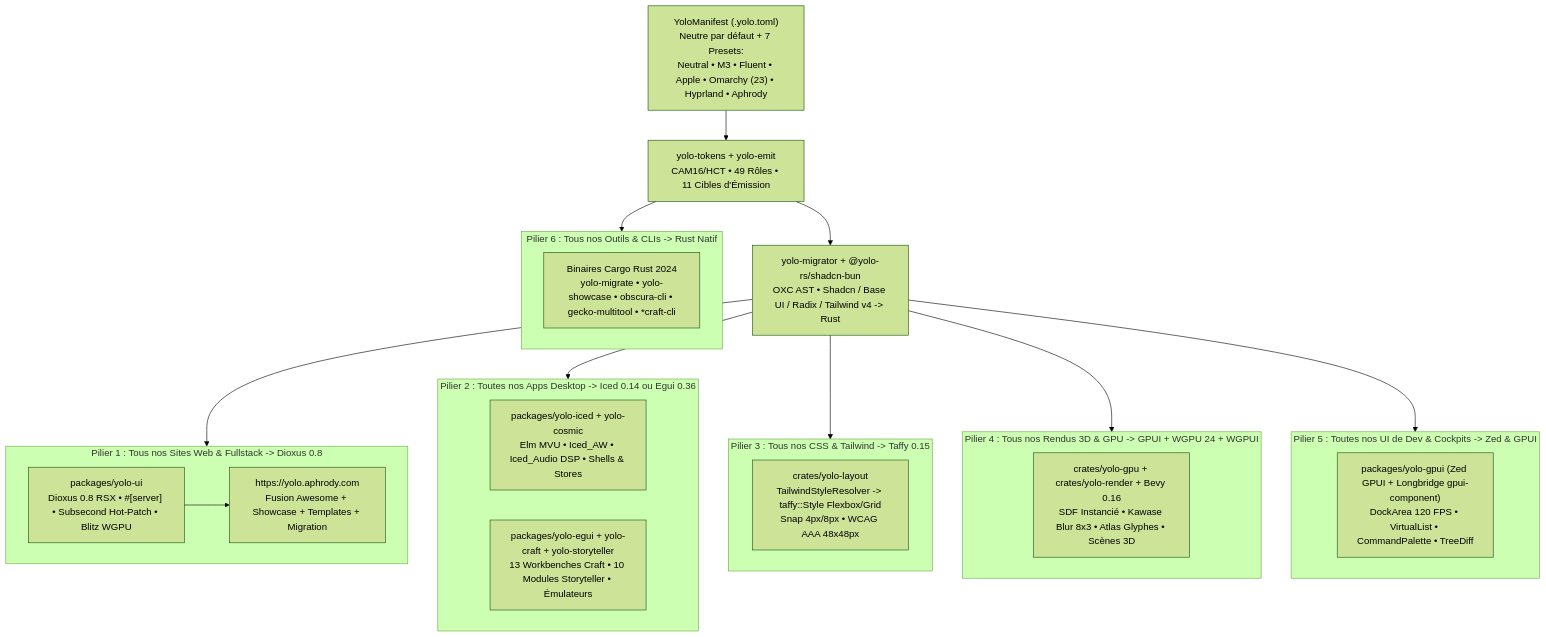
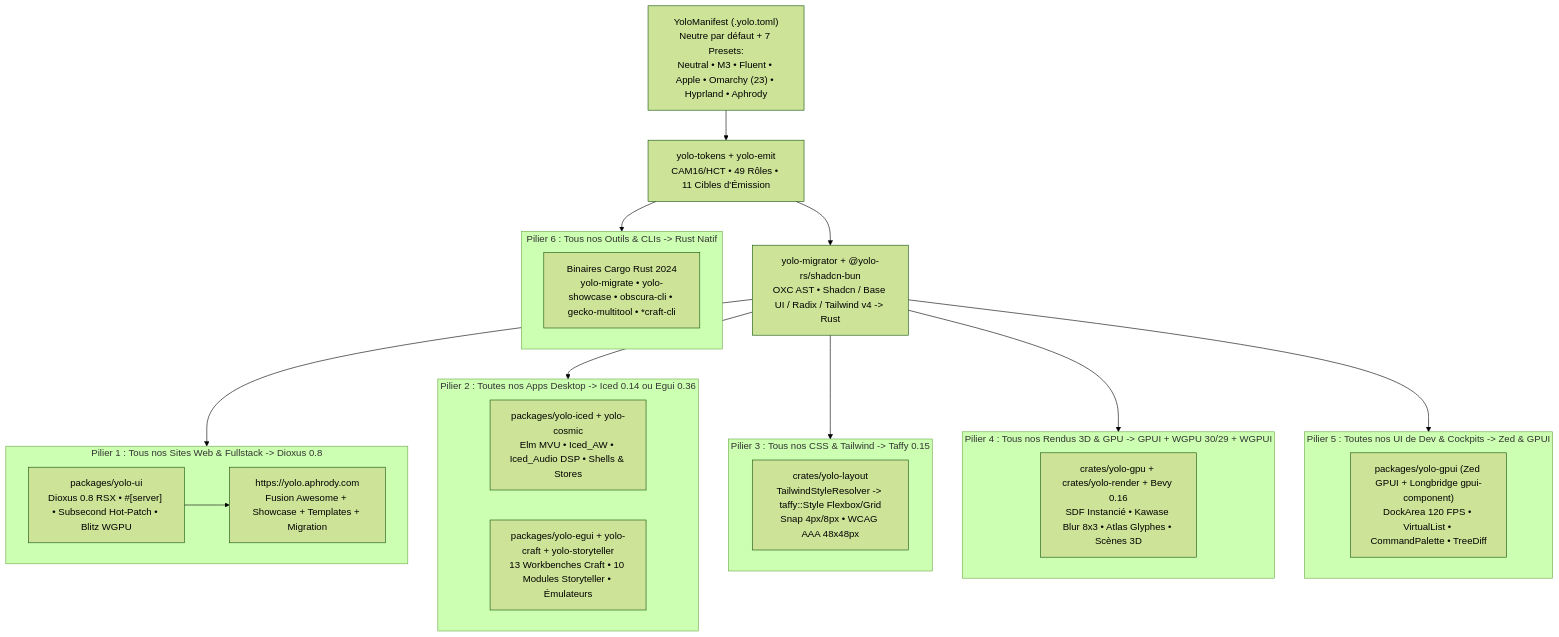
The diagram in docs/YOLO-MASTER-MIGRATION-AND-SITE-PLAN.md (yolo-rs/yolo-ui), drawn with Mermaid (forest theme) before and after one commit. The commit also changed other lines of this file and 6 other files, not shown here.

````diff
--- a/docs/YOLO-MASTER-MIGRATION-AND-SITE-PLAN.md
+++ b/docs/YOLO-MASTER-MIGRATION-AND-SITE-PLAN.md
@@ -9,43 +9,43 @@
 ```mermaid
 flowchart TD
     Manifest["YoloManifest (.yolo.toml)\nNeutre par défaut + 7 Presets:\nNeutral • M3 • Fluent • Apple • Omarchy (23) • Hyprland • Aphrody"]
     Tokens["yolo-tokens + yolo-emit\nCAM16/HCT • 49 Rôles • 11 Cibles d'Émission"]
     Migrator["yolo-migrator + @yolo-rs/shadcn-bun\nOXC AST • Shadcn / Base UI / Radix / Tailwind v4 -> Rust"]
 
     Manifest --> Tokens
     Tokens --> Migrator
 
     subgraph P1["Pilier 1 : Tous nos Sites Web & Fullstack -> Dioxus 0.8"]
         Dioxus["packages/yolo-ui\nDioxus 0.8 RSX • #[server] • Subsecond Hot-Patch • Blitz WGPU"]
         YoloSite["https://yolo.aphrody.com\nFusion Awesome + Showcase + Templates + Migration"]
         Dioxus --> YoloSite
     end
 
     subgraph P2["Pilier 2 : Toutes nos Apps Desktop -> Iced 0.14 ou Egui 0.36"]
         Iced["packages/yolo-iced + yolo-cosmic\nElm MVU • Iced_AW • Iced_Audio DSP • Shells & Stores"]
         Egui["packages/yolo-egui + yolo-craft + yolo-storyteller\n13 Workbenches Craft • 10 Modules Storyteller • Émulateurs"]
     end
 
     subgraph P3["Pilier 3 : Tous nos CSS & Tailwind -> Taffy 0.15"]
         Taffy["crates/yolo-layout\nTailwindStyleResolver -> taffy::Style Flexbox/Grid\nSnap 4px/8px • WCAG AAA 48x48px"]
     end
 
-    subgraph P4["Pilier 4 : Tous nos Rendus 3D & GPU -> GPUI + WGPU 24 + WGPUI"]
+    subgraph P4["Pilier 4 : Tous nos Rendus 3D & GPU -> GPUI + WGPU 30/29 + WGPUI"]
         Wgpui["crates/yolo-gpu + crates/yolo-render + Bevy 0.16\nSDF Instancié • Kawase Blur 8x3 • Atlas Glyphes • Scènes 3D"]
     end
 
     subgraph P5["Pilier 5 : Toutes nos UI de Dev & Cockpits -> Zed & GPUI"]
         ZedGpui["packages/yolo-gpui (Zed GPUI + Longbridge gpui-component)\nDockArea 120 FPS • VirtualList • CommandPalette • TreeDiff"]
     end
 
     subgraph P6["Pilier 6 : Tous nos Outils & CLIs -> Rust Natif"]
         RustCli["Binaires Cargo Rust 2024\nyolo-migrate • yolo-showcase • obscura-cli • gecko-multitool • *craft-cli"]
     end
 
     Migrator --> P1
     Migrator --> P2
     Migrator --> P3
     Migrator --> P4
     Migrator --> P5
     Tokens --> P6
 ```
````
